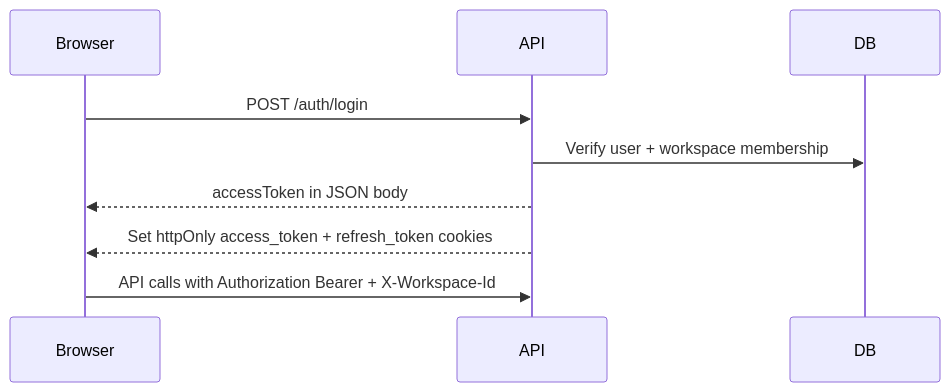
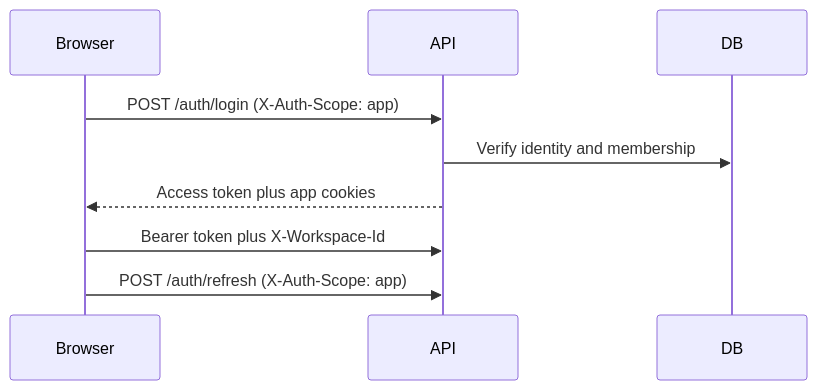
The diagram in docs/architecture/AUTH.md (SCITAIGROUP1/ChronoMint), drawn with Mermaid before and after one commit. The commit also changed other lines of this file and 959 other files, not shown here.

First line of the commit message:
feat: unify product app and harden tenant access

````diff
--- a/docs/architecture/AUTH.md
+++ b/docs/architecture/AUTH.md
@@ -9,12 +9,11 @@
 ```mermaid
 sequenceDiagram
   participant Browser
   participant API
   participant DB
-
-  Browser->>API: POST /auth/login
-  API->>DB: Verify user + workspace membership
-  API-->>Browser: accessToken in JSON body
-  API-->>Browser: Set httpOnly access_token + refresh_token cookies
-  Browser->>API: API calls with Authorization Bearer + X-Workspace-Id
+  Browser->>API: POST /auth/login (X-Auth-Scope: app)
+  API->>DB: Verify identity and membership
+  API-->>Browser: Access token plus app cookies
+  Browser->>API: Bearer token plus X-Workspace-Id
+  Browser->>API: POST /auth/refresh (X-Auth-Scope: app)
 ```
````
